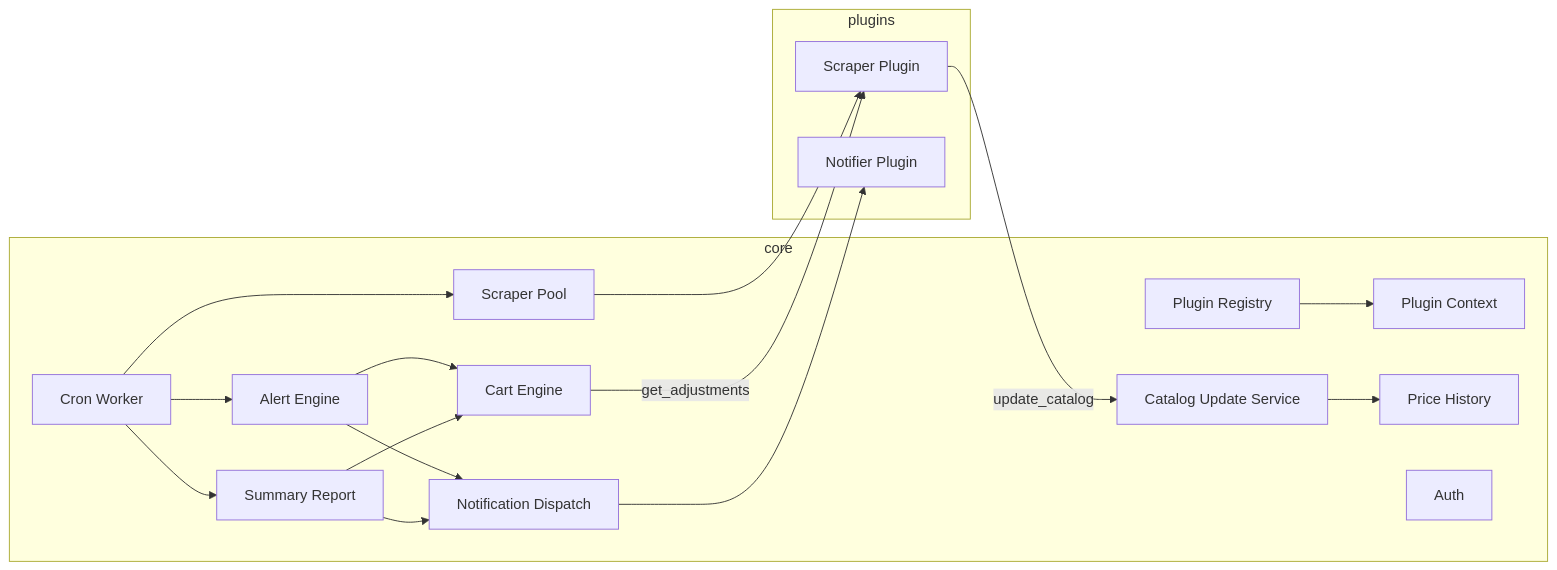
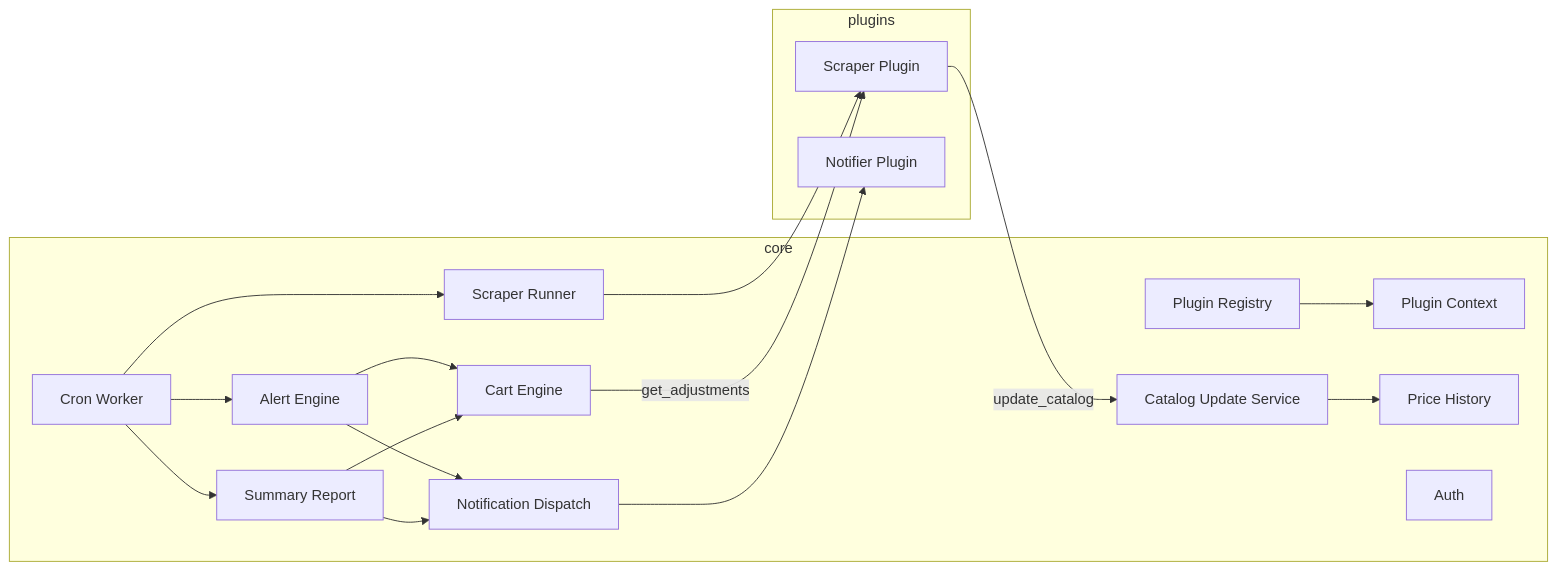
Before and after one commit to caporalesimone/watch-em-all: the second of 3 diagrams in docs/2-architecture/system-overview.md, drawn with Mermaid. The commit also changed other lines of this file and 28 other files, not shown here.

First line of the commit message:
docs: deferred user deletion, serial scraper runner with calendar view and scrape cache

````diff
--- a/docs/2-architecture/system-overview.md
+++ b/docs/2-architecture/system-overview.md
@@ -46,34 +46,34 @@
 ```mermaid
 graph LR
     subgraph core
         REG[Plugin Registry]
         CTX[Plugin Context]
         CRON[Cron Worker]
-        POOL[Scraper Pool]
+        POOL[Scraper Runner]
         CAT[Catalog Update Service]
         CART[Cart Engine]
         ALERT[Alert Engine]
         SUM[Summary Report]
         HIST[Price History]
         AUTH[Auth]
         NSVC[Notification Dispatch]
     end
     subgraph plugins
         SCR[Scraper Plugin]
         NOT[Notifier Plugin]
     end
 
     REG --> CTX
     CRON --> POOL
     POOL --> SCR
     SCR -->|update_catalog| CAT
     CAT --> HIST
     CRON --> ALERT
     CRON --> SUM
     ALERT --> CART
     SUM --> CART
     ALERT --> NSVC
     SUM --> NSVC
     NSVC --> NOT
     CART -->|get_adjustments| SCR
 ```
````
